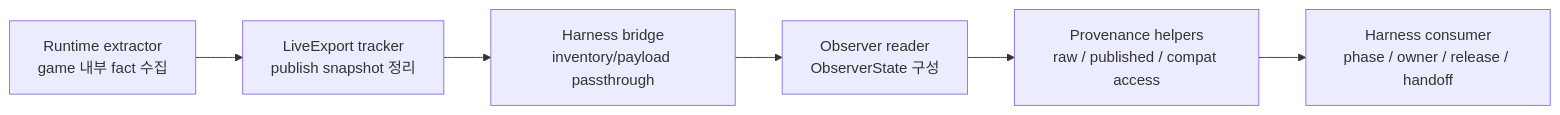
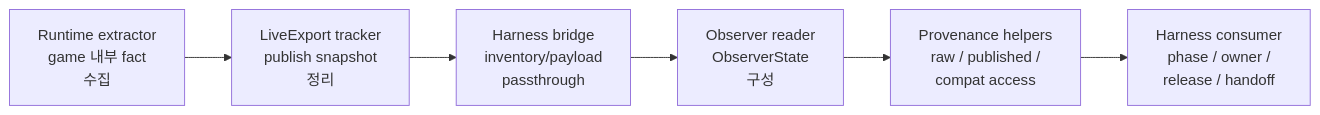
Before and after one commit to jidon333/STS2_Mod_AI_Companion: the first of 4 diagrams in docs/reference/harness/GUI_SMOKE_HARNESS_OBSERVER_STACK_KO.md, drawn with Mermaid. The commit also changed other lines of this file and 4 other files, not shown here.

Commit message:
Improve Mermaid readability in harness docs

````diff
--- a/docs/reference/harness/GUI_SMOKE_HARNESS_OBSERVER_STACK_KO.md
+++ b/docs/reference/harness/GUI_SMOKE_HARNESS_OBSERVER_STACK_KO.md
@@ -28,8 +28,8 @@
 ```mermaid
 flowchart LR
-    A["Runtime extractor<br/>game 내부 fact 수집"] --> B["LiveExport tracker<br/>publish snapshot 정리"]
-    B --> C["Harness bridge<br/>inventory/payload passthrough"]
-    C --> D["Observer reader<br/>ObserverState 구성"]
-    D --> E["Provenance helpers<br/>raw / published / compat access"]
-    E --> F["Harness consumer<br/>phase / owner / release / handoff"]
+    A["Runtime extractor<br/>game 내부 fact<br/>수집"] --> B["LiveExport tracker<br/>publish snapshot<br/>정리"]
+    B --> C["Harness bridge<br/>inventory/payload<br/>passthrough"]
+    C --> D["Observer reader<br/>ObserverState<br/>구성"]
+    D --> E["Provenance helpers<br/>raw / published /<br/>compat access"]
+    E --> F["Harness consumer<br/>phase / owner /<br/>release / handoff"]
 ```
````
